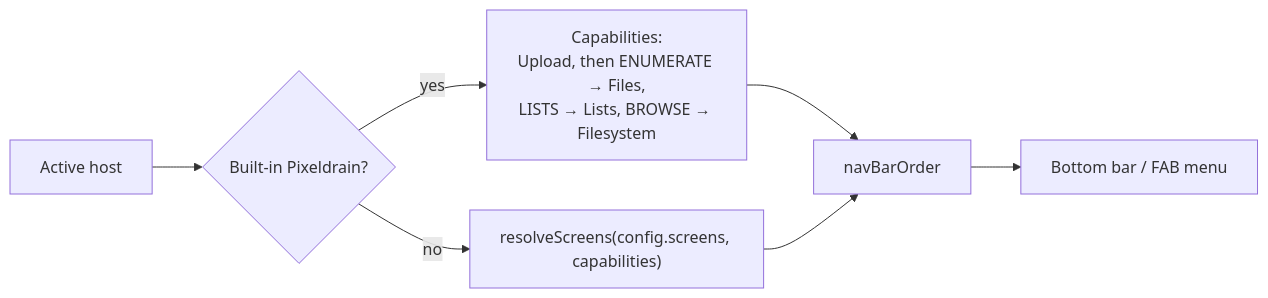
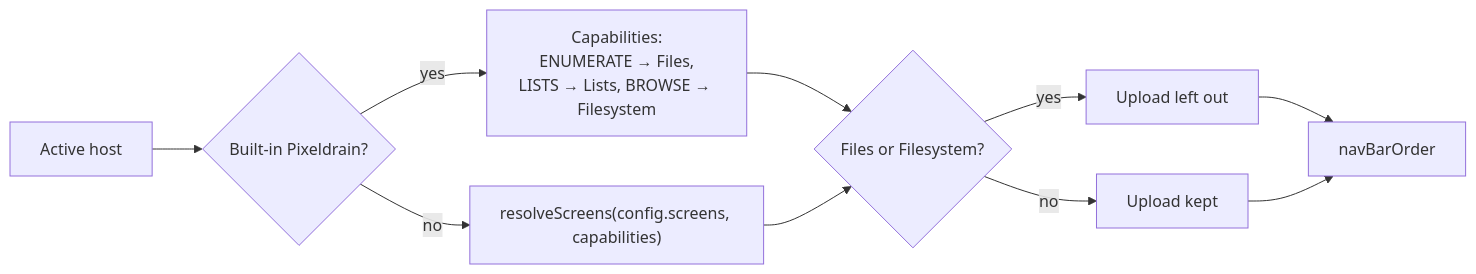
One commit to fidesosu/Materialdrain changed the diagram in docs/development/interface.md. Above: the diagram before and after it, drawn with Mermaid. The commit also changed other lines of this file and 29 other files, not shown here.

````diff
--- a/docs/development/interface.md
+++ b/docs/development/interface.md
@@ -48,9 +51,12 @@
 ```mermaid
 flowchart LR
     A[Active host] --> B{Built-in Pixeldrain?}
-    B -- yes --> C["Capabilities:<br/>Upload, then ENUMERATE → Files,<br/>LISTS → Lists, BROWSE → Filesystem"]
+    B -- yes --> C["Capabilities:<br/>ENUMERATE → Files,<br/>LISTS → Lists, BROWSE → Filesystem"]
     B -- no --> D["resolveScreens(config.screens, capabilities)"]
-    C --> E[navBarOrder]
+    C --> E{"Files or Filesystem?"}
     D --> E
-    E --> F[Bottom bar / FAB menu]
+    E -- yes --> F[Upload left out]
+    E -- no --> G[Upload kept]
+    F --> H[navBarOrder]
+    G --> H
 ```
````
